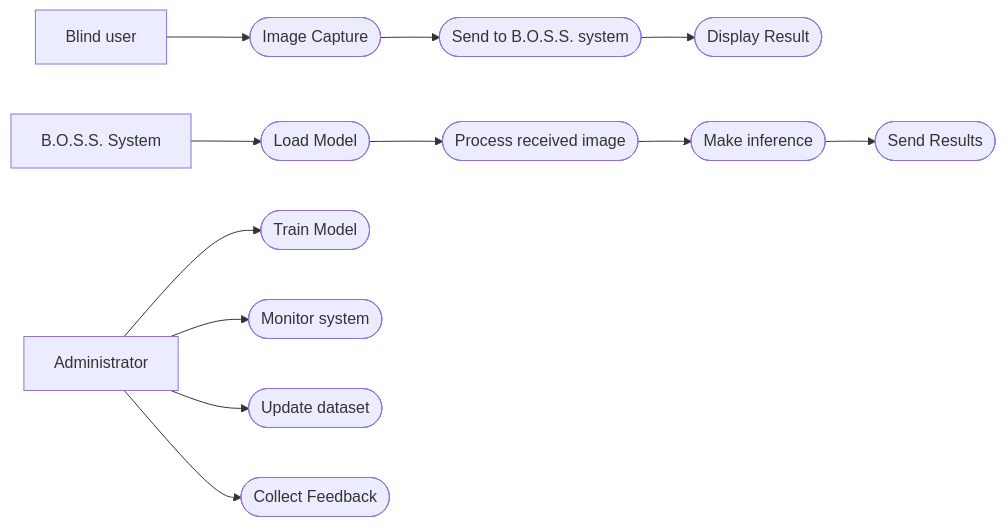
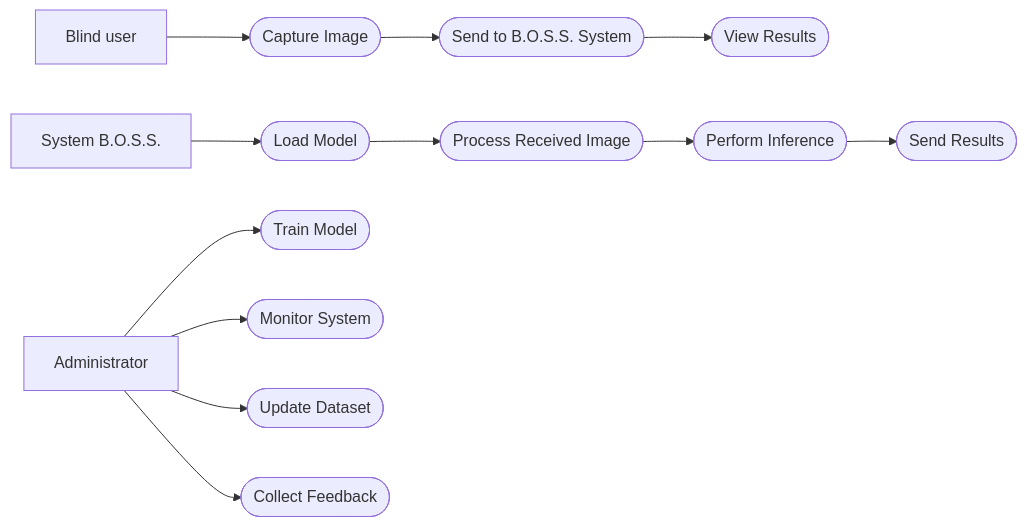
The fifth of 6 diagrams in README.md (riccardosemeraro/B.O.S.S.-Branch-Bellusci-SSD300-VGG16), drawn with Mermaid before and after one commit. The commit also changed other lines of this file and 1 other file, not shown here.

````diff
--- a/README.md
+++ b/README.md
@@ -511,23 +467,23 @@
 ```mermaid
 
-flowchart LR
-  User[Blind user]
-  Admin[Administrator]
-  System[B.O.S.S. System]
+flowchart LR 
+User[Blind user] 
+Admin[Administrator] 
+System[System B.O.S.S.]
 
-  UC1([Image Capture])
-  UC2([Send to B.O.S.S. system])
-  UC3([Display Result])
+UC1([Capture Image])
+UC2([Send to B.O.S.S. System])
+UC3([View Results])
 
-  UC5([Load Model])
-  UC6([Process received image])
-  UC7([Make inference])
-  UC8([Send Results])
+UC5([Load Model])
+UC6([Process Received Image])
+UC7([Perform Inference])
+UC8([Send Results])
 
-  User --> UC1 --> UC2 --> UC3
-  System --> UC5 --> UC6 --> UC7 --> UC8
-  Admin --> A1([Train Model])
-  Admin --> A2([Monitor system])
-  Admin --> A3([Update dataset])
-  Admin --> A4([Collect Feedback])
+User --> UC1 --> UC2 --> UC3
+System --> UC5 --> UC6 --> UC7 --> UC8
+Admin --> A1([Train Model])
+Admin --> A2([Monitor System])
+Admin --> A3([Update Dataset])
+Admin --> A4([Collect Feedback])
 ```
````
